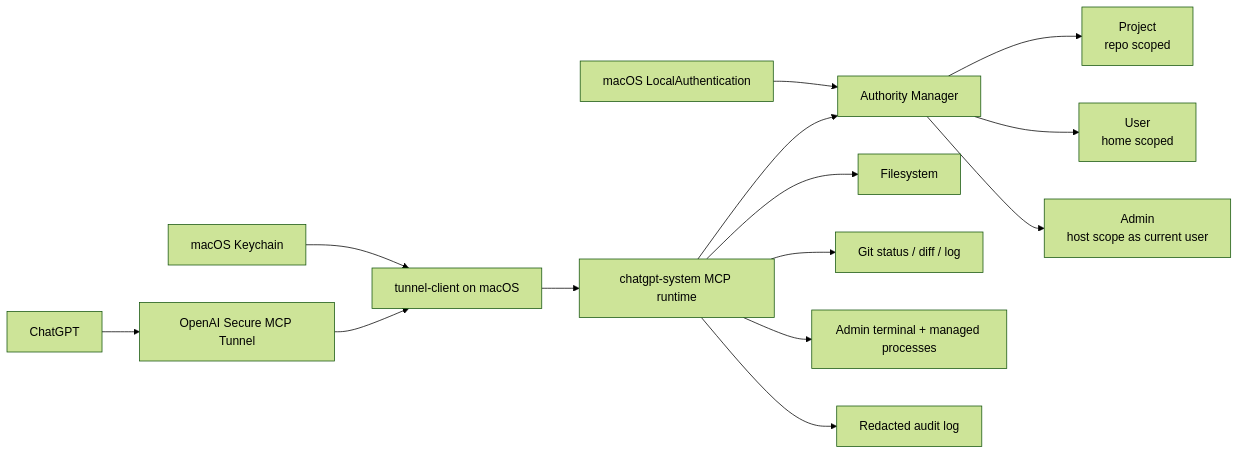
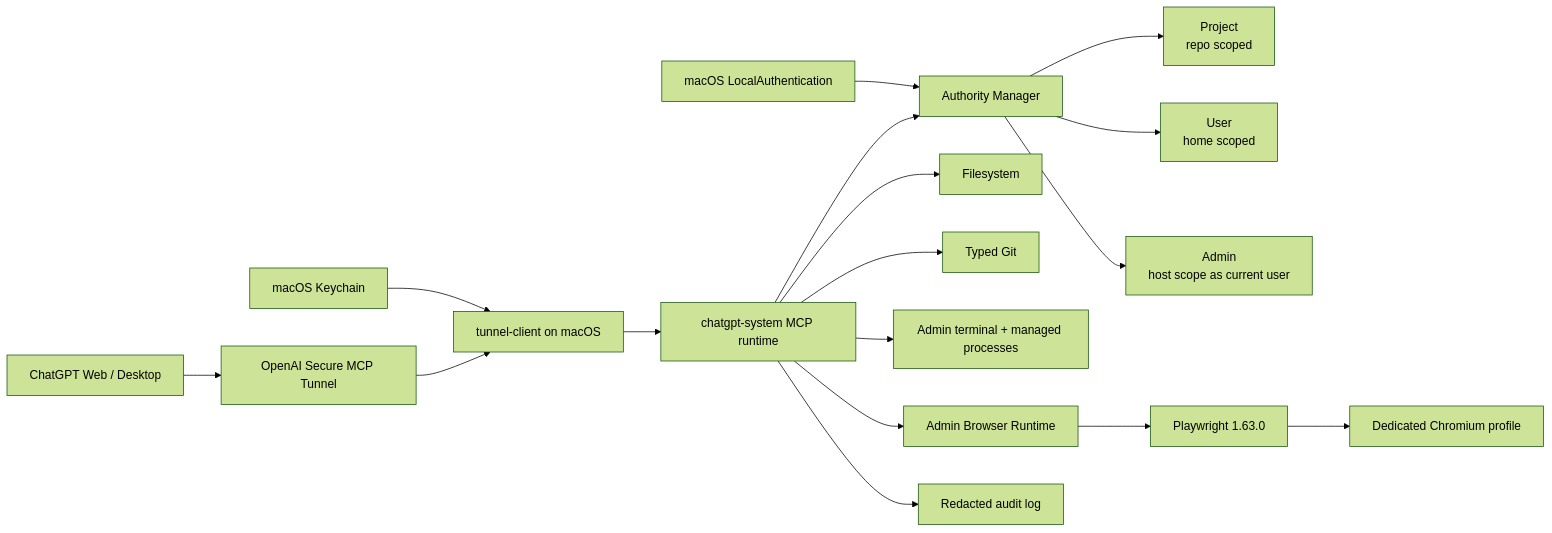
Before and after one commit to senoldogann/chatgpt-system: the diagram in README.md, drawn with Mermaid (forest theme). The commit also changed other lines of this file, not shown here.

Commit message:
docs: document browser runtime usage

````diff
--- a/README.md
+++ b/README.md
@@ -28,19 +30,22 @@
 ```mermaid
 flowchart LR
-    ChatGPT["ChatGPT"] --> Tunnel["OpenAI Secure MCP Tunnel"]
+    ChatGPT["ChatGPT Web / Desktop"] --> Tunnel["OpenAI Secure MCP Tunnel"]
     Tunnel --> Client["tunnel-client on macOS"]
     Client --> Runtime["chatgpt-system MCP runtime"]
 
     Runtime --> Authority["Authority Manager"]
     Authority --> Project["Project<br/>repo scoped"]
     Authority --> User["User<br/>home scoped"]
     Authority --> Admin["Admin<br/>host scope as current user"]
 
     Runtime --> Files["Filesystem"]
-    Runtime --> Git["Git status / diff / log"]
+    Runtime --> Git["Typed Git"]
     Runtime --> Exec["Admin terminal + managed processes"]
+    Runtime --> Browser["Admin Browser Runtime"]
+    Browser --> Playwright["Playwright 1.63.0"]
+    Playwright --> Chromium["Dedicated Chromium profile"]
     Runtime --> Audit["Redacted audit log"]
 
     LocalAuth["macOS LocalAuthentication"] --> Authority
     Keychain["macOS Keychain"] --> Client
 ```
````
